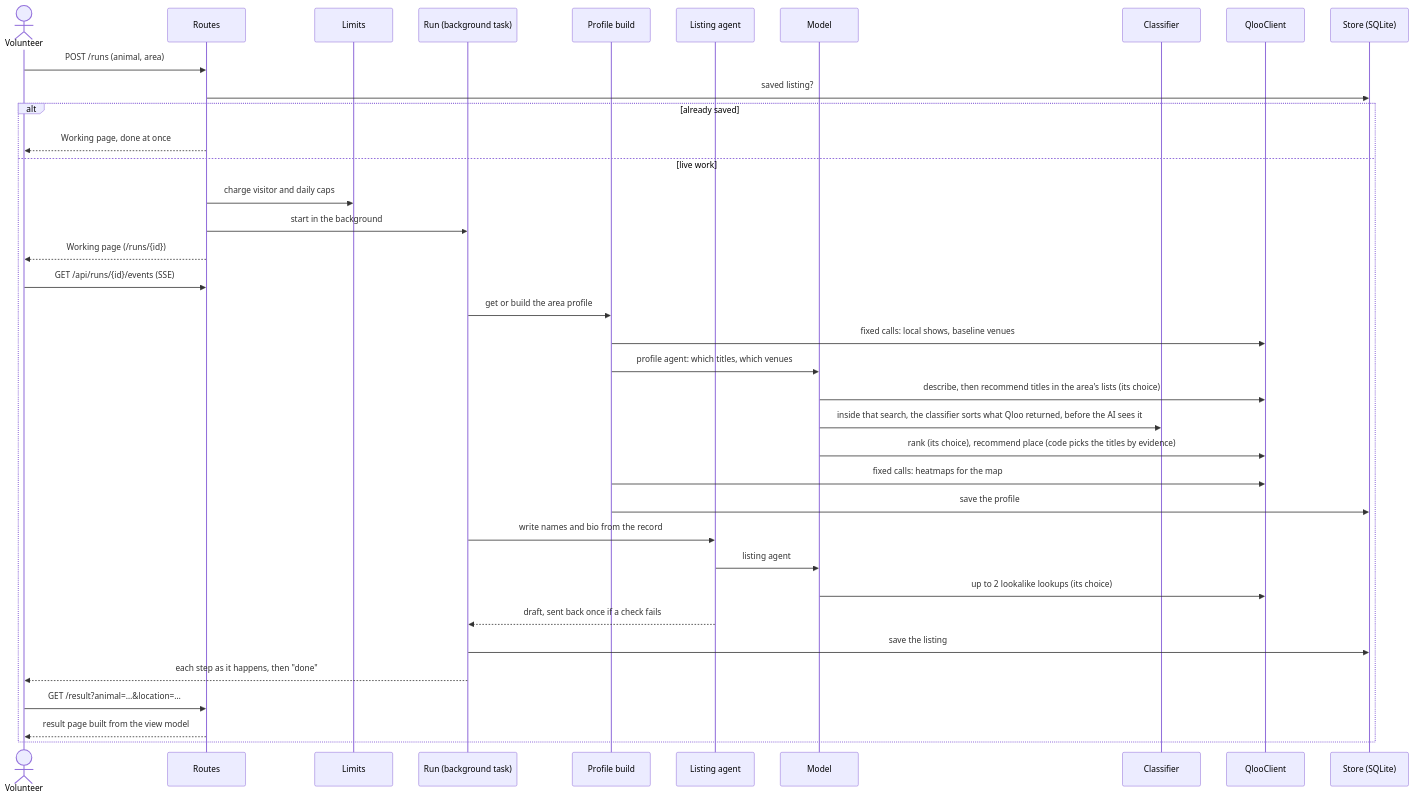
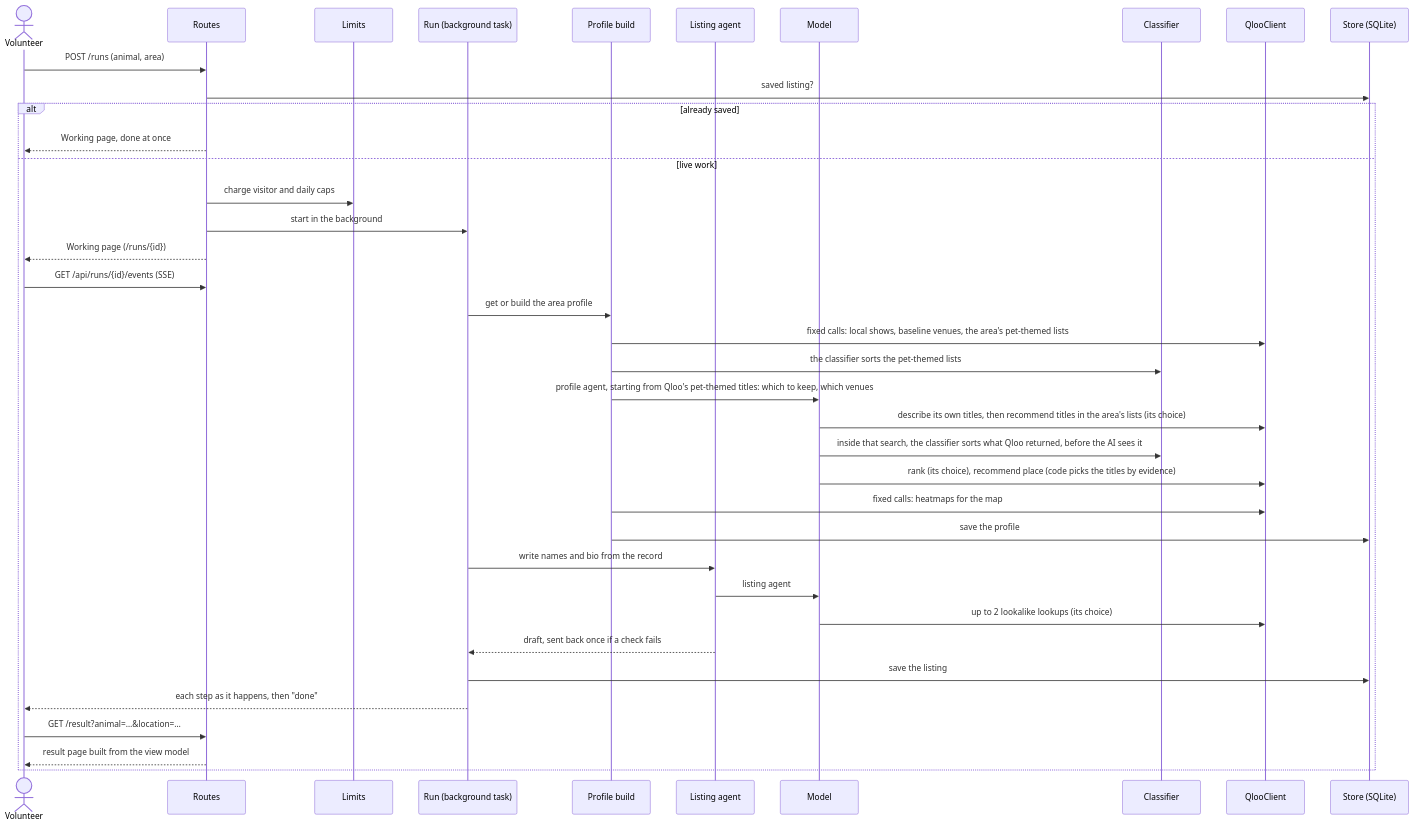
Before and after one commit to bsabau/namesake: the second of 5 diagrams in docs/architecture.md, drawn with Mermaid. The commit also changed other lines of this file and 13 other files, not shown here.

First line of the commit message:
Pet titles start from Qloo's own lists, and stay only with Qloo's evidence (decision 22)

````diff
--- a/docs/architecture.md
+++ b/docs/architecture.md
@@ -73,40 +73,41 @@
 ```mermaid
 sequenceDiagram
     actor V as Volunteer
     participant R as Routes
     participant L as Limits
     participant T as Run (background task)
     participant P as Profile build
     participant A as Listing agent
     participant M as Model
     participant J as Classifier
     participant Q as QlooClient
     participant S as Store (SQLite)
 
     V->>R: POST /runs (animal, area)
     R->>S: saved listing?
     alt already saved
         R-->>V: Working page, done at once
     else live work
         R->>L: charge visitor and daily caps
         R->>T: start in the background
         R-->>V: Working page (/runs/{id})
         V->>R: GET /api/runs/{id}/events (SSE)
         T->>P: get or build the area profile
-        P->>Q: fixed calls: local shows, baseline venues
-        P->>M: profile agent: which titles, which venues
-        M->>Q: describe, then recommend titles in the area's lists (its choice)
+        P->>Q: fixed calls: local shows, baseline venues, the area's pet-themed lists
+        P->>J: the classifier sorts the pet-themed lists
+        P->>M: profile agent, starting from Qloo's pet-themed titles: which to keep, which venues
+        M->>Q: describe its own titles, then recommend titles in the area's lists (its choice)
         M->>J: inside that search, the classifier sorts what Qloo returned, before the AI sees it
         M->>Q: rank (its choice), recommend place (code picks the titles by evidence)
         P->>Q: fixed calls: heatmaps for the map
         P->>S: save the profile
         T->>A: write names and bio from the record
         A->>M: listing agent
         M->>Q: up to 2 lookalike lookups (its choice)
         A-->>T: draft, sent back once if a check fails
         T->>S: save the listing
         T-->>V: each step as it happens, then "done"
         V->>R: GET /result?animal=…&location=…
         R-->>V: result page built from the view model
     end
 ```
````
